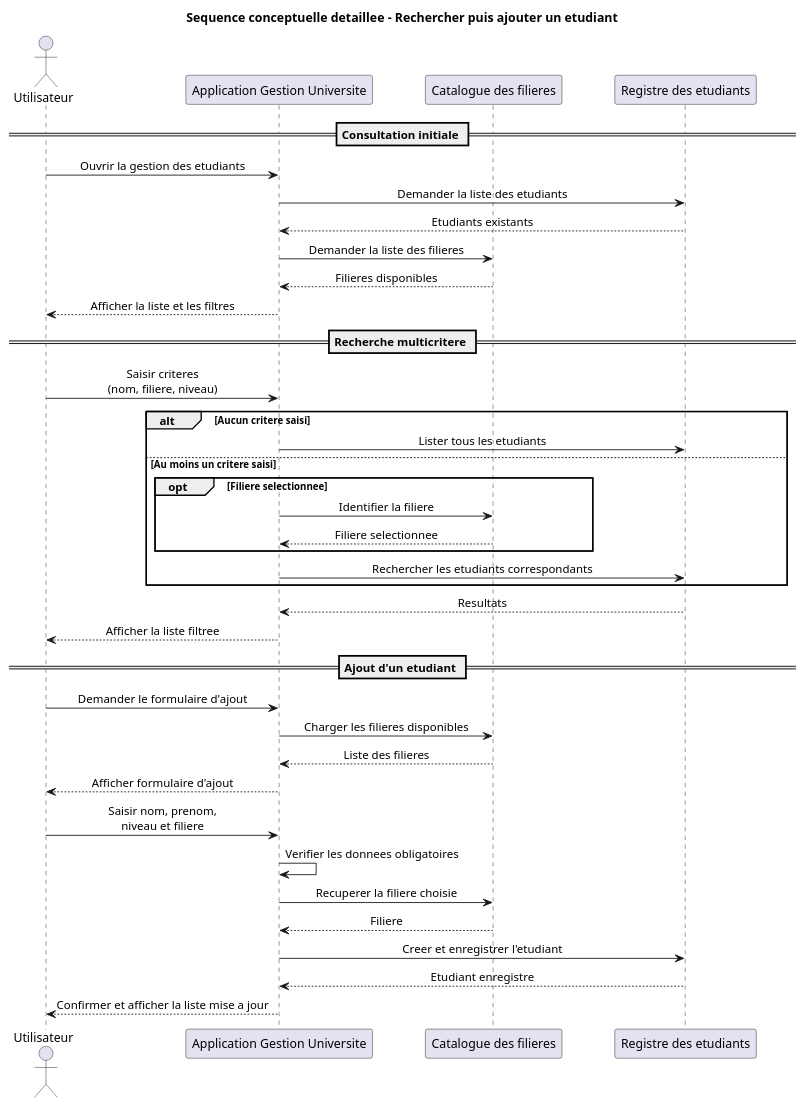
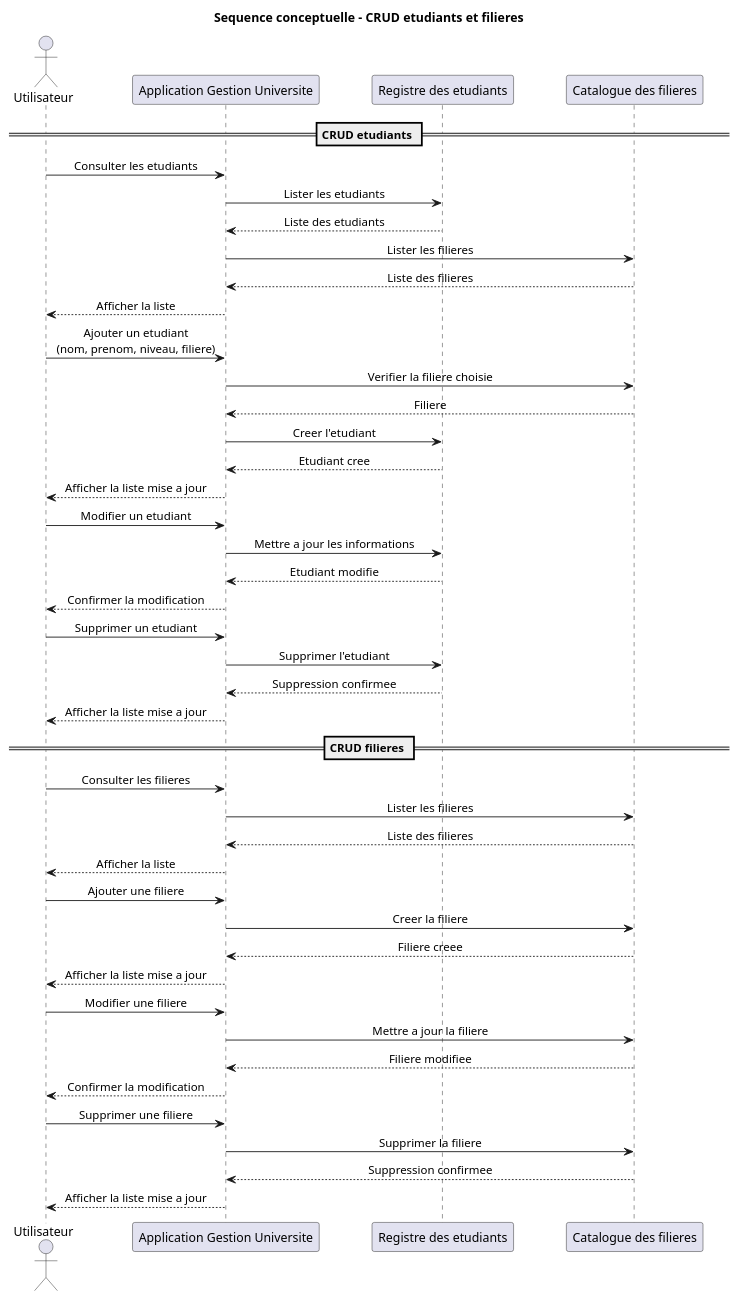
Before and after one commit to mehdidabaj/app-etudiant: the diagram in docs/uml/sequence-conceptuel.puml, drawn with PlantUML. The commit also changed 10 other files, not shown here.

Commit message:
Focus UML diagrams on student and filiere CRUD

```diff
--- a/docs/uml/sequence-conceptuel.puml
+++ b/docs/uml/sequence-conceptuel.puml
@@ -1,50 +1,60 @@
 @startuml
-title Sequence conceptuelle detaillee - Rechercher puis ajouter un etudiant
+title Sequence conceptuelle - CRUD etudiants et filieres
 
 skinparam shadowing false
 skinparam sequenceMessageAlign center
 skinparam ParticipantPadding 25
 skinparam BoxPadding 10
 
 actor "Utilisateur" as Utilisateur
 participant "Application Gestion Universite" as Systeme
+participant "Registre des etudiants" as Registre
 participant "Catalogue des filieres" as Catalogue
-participant "Registre des etudiants" as Registre
 
-== Consultation initiale ==
-Utilisateur -> Systeme : Ouvrir la gestion des etudiants
-Systeme -> Registre : Demander la liste des etudiants
-Registre --> Systeme : Etudiants existants
-Systeme -> Catalogue : Demander la liste des filieres
-Catalogue --> Systeme : Filieres disponibles
-Systeme --> Utilisateur : Afficher la liste et les filtres
+== CRUD etudiants ==
+Utilisateur -> Systeme : Consulter les etudiants
+Systeme -> Registre : Lister les etudiants
+Registre --> Systeme : Liste des etudiants
+Systeme -> Catalogue : Lister les filieres
+Catalogue --> Systeme : Liste des filieres
+Systeme --> Utilisateur : Afficher la liste
 
-== Recherche multicritere ==
-Utilisateur -> Systeme : Saisir criteres\n(nom, filiere, niveau)
-alt Aucun critere saisi
-  Systeme -> Registre : Lister tous les etudiants
-else Au moins un critere saisi
-  opt Filiere selectionnee
-    Systeme -> Catalogue : Identifier la filiere
-    Catalogue --> Systeme : Filiere selectionnee
-  end
-  Systeme -> Registre : Rechercher les etudiants correspondants
-end
-Registre --> Systeme : Resultats
-Systeme --> Utilisateur : Afficher la liste filtree
+Utilisateur -> Systeme : Ajouter un etudiant\n(nom, prenom, niveau, filiere)
+Systeme -> Catalogue : Verifier la filiere choisie
+Catalogue --> Systeme : Filiere
+Systeme -> Registre : Creer l'etudiant
+Registre --> Systeme : Etudiant cree
+Systeme --> Utilisateur : Afficher la liste mise a jour
 
-== Ajout d'un etudiant ==
-Utilisateur -> Systeme : Demander le formulaire d'ajout
-Systeme -> Catalogue : Charger les filieres disponibles
+Utilisateur -> Systeme : Modifier un etudiant
+Systeme -> Registre : Mettre a jour les informations
+Registre --> Systeme : Etudiant modifie
+Systeme --> Utilisateur : Confirmer la modification
+
+Utilisateur -> Systeme : Supprimer un etudiant
+Systeme -> Registre : Supprimer l'etudiant
+Registre --> Systeme : Suppression confirmee
+Systeme --> Utilisateur : Afficher la liste mise a jour
+
+== CRUD filieres ==
+Utilisateur -> Systeme : Consulter les filieres
+Systeme -> Catalogue : Lister les filieres
 Catalogue --> Systeme : Liste des filieres
-Systeme --> Utilisateur : Afficher formulaire d'ajout
+Systeme --> Utilisateur : Afficher la liste
 
-Utilisateur -> Systeme : Saisir nom, prenom,\nniveau et filiere
-Systeme -> Systeme : Verifier les donnees obligatoires
-Systeme -> Catalogue : Recuperer la filiere choisie
-Catalogue --> Systeme : Filiere
-Systeme -> Registre : Creer et enregistrer l'etudiant
-Registre --> Systeme : Etudiant enregistre
-Systeme --> Utilisateur : Confirmer et afficher la liste mise a jour
+Utilisateur -> Systeme : Ajouter une filiere
+Systeme -> Catalogue : Creer la filiere
+Catalogue --> Systeme : Filiere creee
+Systeme --> Utilisateur : Afficher la liste mise a jour
+
+Utilisateur -> Systeme : Modifier une filiere
+Systeme -> Catalogue : Mettre a jour la filiere
+Catalogue --> Systeme : Filiere modifiee
+Systeme --> Utilisateur : Confirmer la modification
+
+Utilisateur -> Systeme : Supprimer une filiere
+Systeme -> Catalogue : Supprimer la filiere
+Catalogue --> Systeme : Suppression confirmee
+Systeme --> Utilisateur : Afficher la liste mise a jour
 
 @enduml
```
